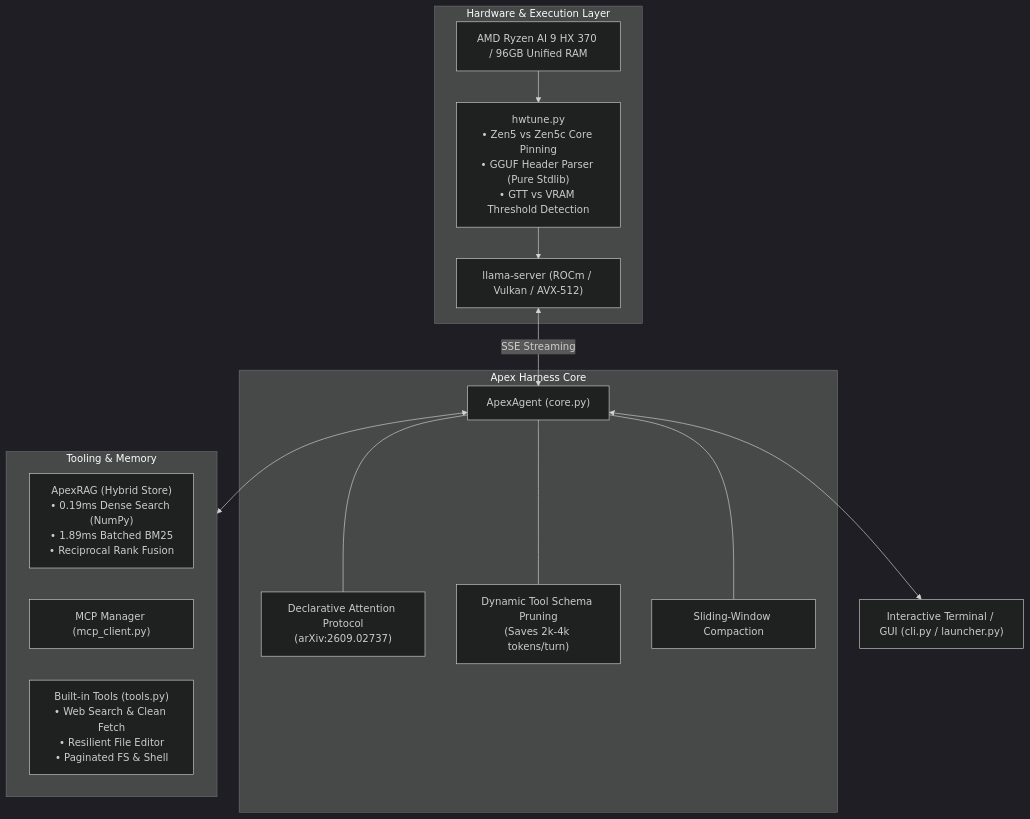
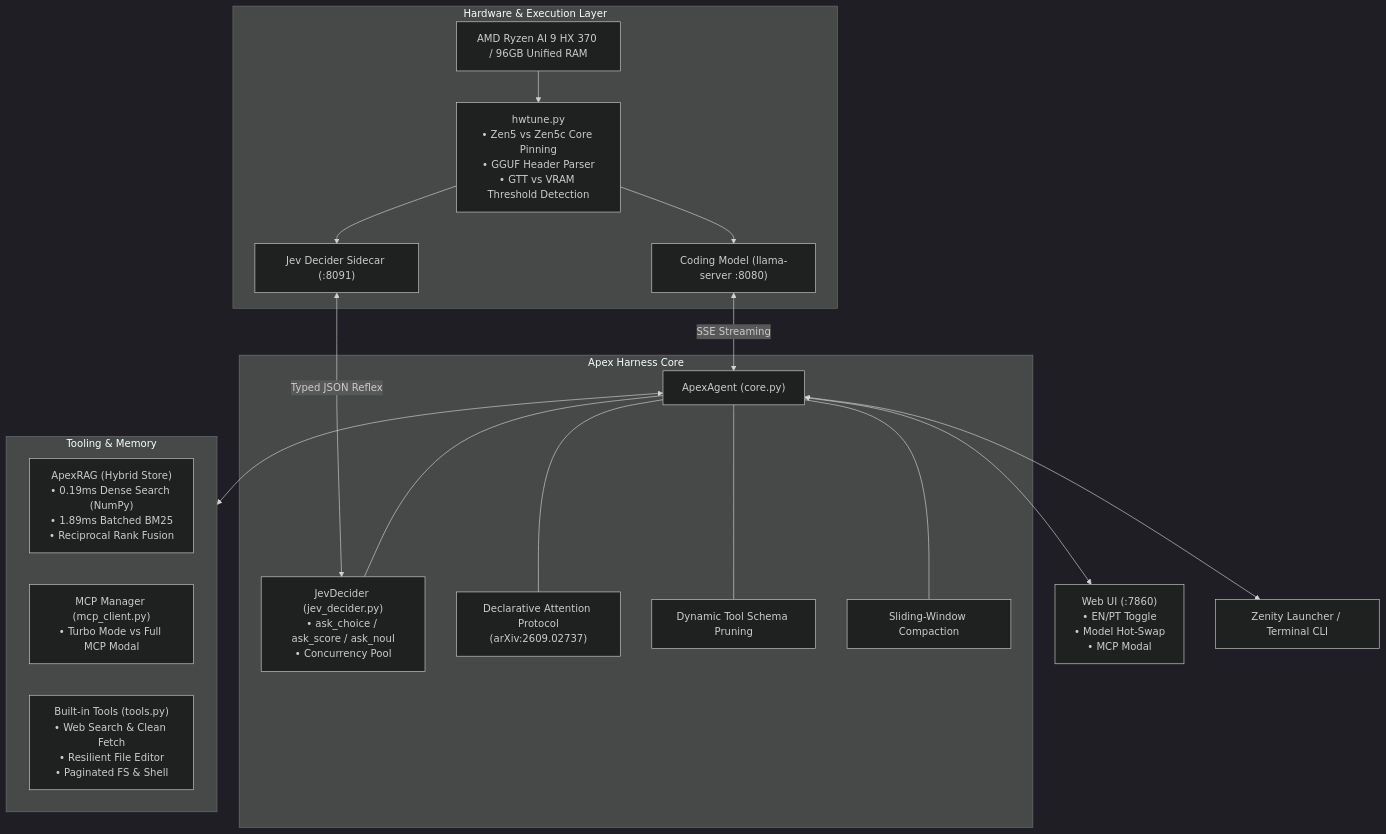
One commit to leohfigueiredo/apex-harness changed the diagram in README.md. Above: the diagram before and after it, drawn with Mermaid (dark theme). The commit also changed other lines of this file and 58 other files, not shown here.

First line of the commit message:
feat: integrate Jev System 1 decider, MCP management modal, and bilingual Web UI (EN/PT)

````diff
--- a/README.md
+++ b/README.md
@@ -31,30 +33,35 @@
 ```mermaid
 flowchart TD
     subgraph Host["Hardware & Execution Layer"]
-        HW[AMD Ryzen AI 9 HX 370 / 96GB Unified RAM]
-        HWTune["hwtune.py<br/>• Zen5 vs Zen5c Core Pinning<br/>• GGUF Header Parser (Pure Stdlib)<br/>• GTT vs VRAM Threshold Detection"]
+        HW["AMD Ryzen AI 9 HX 370 / 96GB Unified RAM"]
+        HWTune["hwtune.py<br/>• Zen5 vs Zen5c Core Pinning<br/>• GGUF Header Parser<br/>• GTT vs VRAM Threshold Detection"]
         HW --> HWTune
-        HWTune --> LServer["llama-server (ROCm / Vulkan / AVX-512)"]
+        HWTune --> LServer["Coding Model (llama-server :8080)"]
+        HWTune --> JevServer["Jev Decider Sidecar (:8091)"]
     end
 
     subgraph Core["Apex Harness Core"]
         Agent["ApexAgent (core.py)"]
+        Jev["JevDecider (jev_decider.py)<br/>• ask_choice / ask_score / ask_noul<br/>• Concurrency Pool"]
         DA["Declarative Attention Protocol<br/>(arXiv:2609.02737)"]
-        Prune["Dynamic Tool Schema Pruning<br/>(Saves 2k-4k tokens/turn)"]
+        Prune["Dynamic Tool Schema Pruning"]
         Compact["Sliding-Window Compaction"]
         
+        Agent --- Jev
         Agent --- DA
         Agent --- Prune
         Agent --- Compact
     end
 
     subgraph Extensions["Tooling & Memory"]
         RAG["ApexRAG (Hybrid Store)<br/>• 0.19ms Dense Search (NumPy)<br/>• 1.89ms Batched BM25<br/>• Reciprocal Rank Fusion"]
-        MCP["MCP Manager (mcp_client.py)"]
+        MCP["MCP Manager (mcp_client.py)<br/>• Turbo Mode vs Full MCP Modal"]
         Builtin["Built-in Tools (tools.py)<br/>• Web Search & Clean Fetch<br/>• Resilient File Editor<br/>• Paginated FS & Shell"]
     end
 
     LServer <-->|SSE Streaming| Agent
+    JevServer <-->|Typed JSON Reflex| Jev
     Agent <--> Extensions
-    Agent <--> CLI["Interactive Terminal / GUI (cli.py / launcher.py)"]
+    Agent <--> WebUI["Web UI (:7860)<br/>• EN/PT Toggle<br/>• Model Hot-Swap<br/>• MCP Modal"]
+    Agent <--> CLI["Zenity Launcher / Terminal CLI"]
 ```
````
